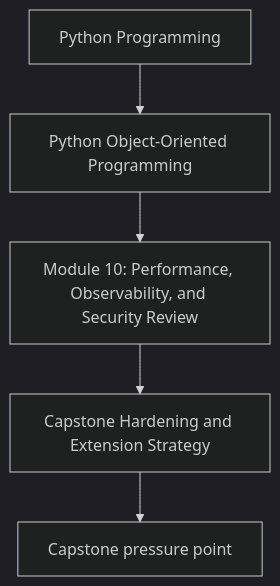
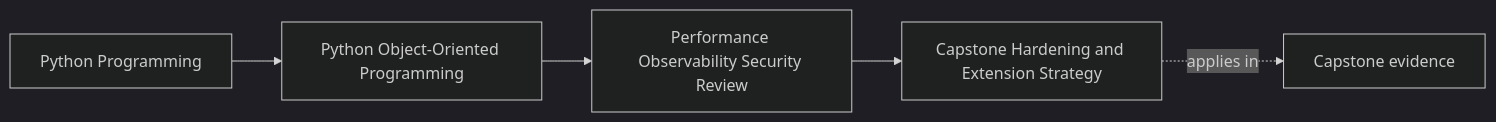
The first of 2 diagrams in programs/python-programming/python-object-oriented-programming/course-book/module-10-performance-observability-security-review/capstone-hardening-and-extension-strategy.md (bijux/bijux-masterclass), drawn with Mermaid (dark theme) before and after one commit. The commit also changed other lines of this file and 103 other files, not shown here.

Commit message:
docs(python-object-oriented-programming): map sustainment and capstone surfaces

````diff
--- a/programs/python-programming/python-object-oriented-programming/course-book/module-10-performance-observability-security-review/capstone-hardening-and-extension-strategy.md
+++ b/programs/python-programming/python-object-oriented-programming/course-book/module-10-performance-observability-security-review/capstone-hardening-and-extension-strategy.md
@@ -7,7 +7,11 @@
 ```mermaid
-flowchart TD
-  family["Python Programming"] --> program["Python Object-Oriented Programming"]
-  program --> module["Module 10: Performance, Observability, and Security Review"]
-  module --> concept["Capstone Hardening and Extension Strategy"]
-  concept --> capstone["Capstone pressure point"]
+graph LR
+  family["Python Programming"]
+  program["Python Object-Oriented Programming"]
+  section["Performance Observability Security Review"]
+  page["Capstone Hardening and Extension Strategy"]
+  capstone["Capstone evidence"]
+
+  family --> program --> section --> page
+  page -.applies in.-> capstone
 ```
````
